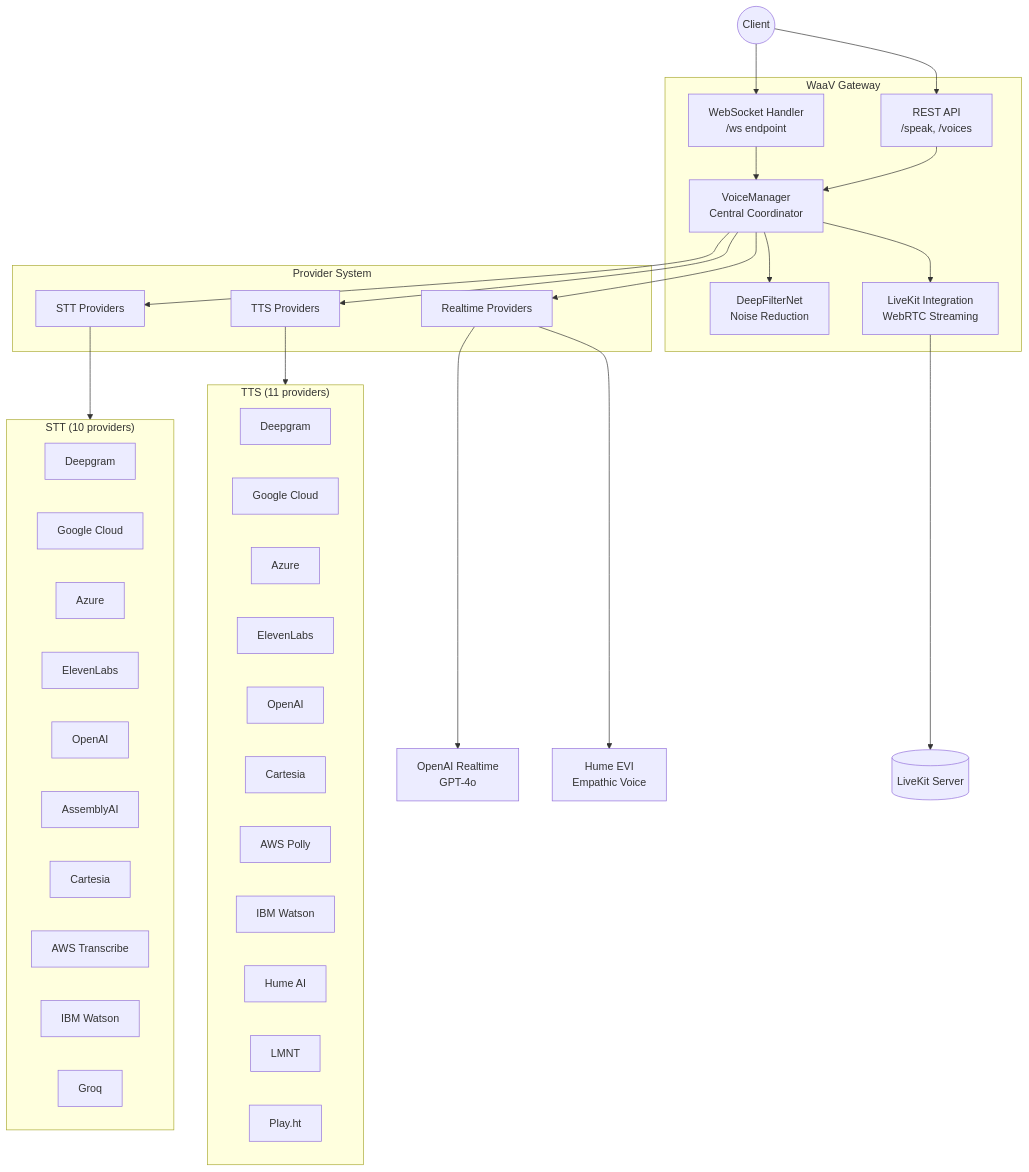
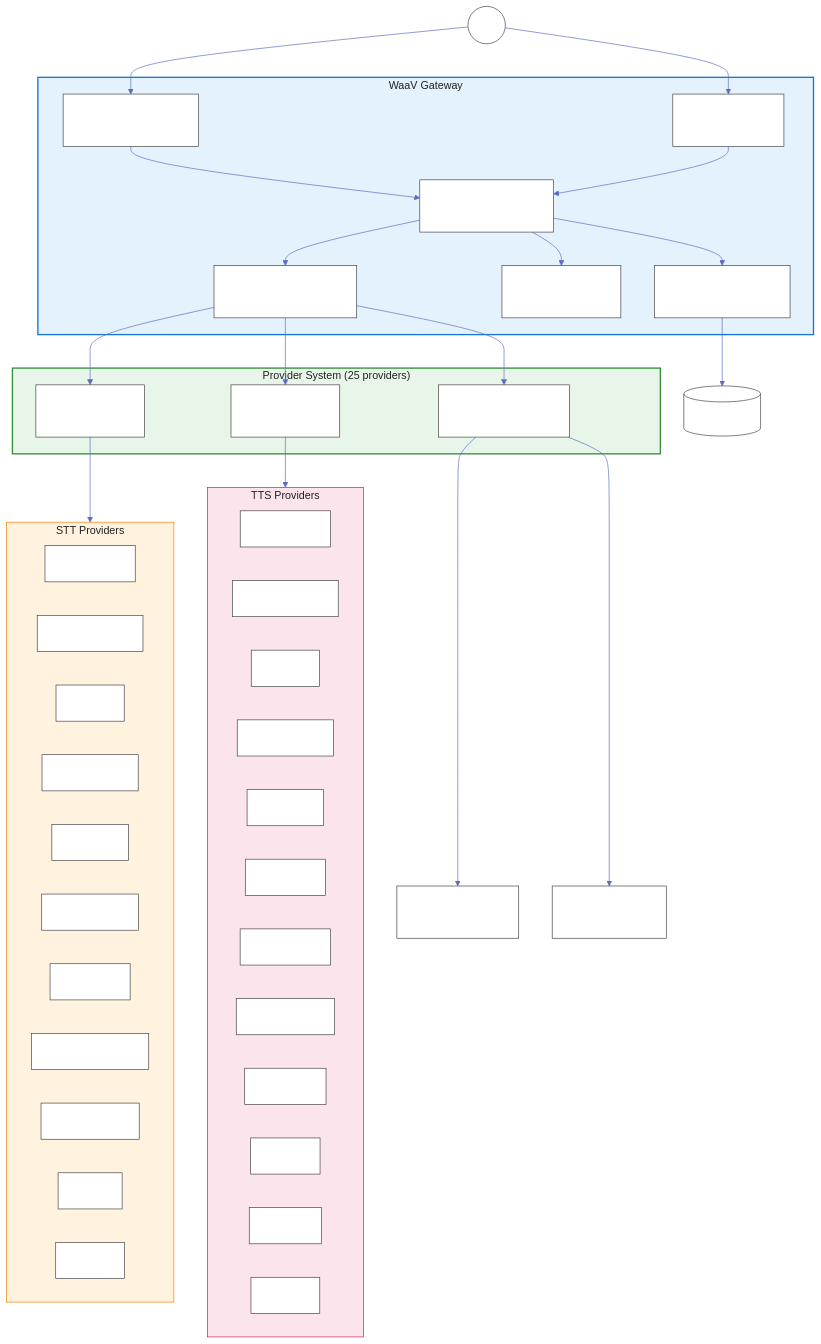
The second of 5 diagrams in gateway/README.md (BudEcosystem/WaaV), drawn with Mermaid before and after one commit. The commit also changed other lines of this file and 61 other files, not shown here.

First line of the commit message:
feat: Add plugin architecture and Gnani.ai provider support

````diff
--- a/gateway/README.md
+++ b/gateway/README.md
@@ -218,58 +266,68 @@
 ```mermaid
+%%{init: {'theme': 'base', 'themeVariables': { 'primaryColor': '#4a90d9', 'primaryTextColor': '#ffffff', 'primaryBorderColor': '#2c5aa0', 'lineColor': '#5c6bc0', 'secondaryColor': '#81c784', 'tertiaryColor': '#fff3e0', 'background': '#fafafa', 'mainBkg': '#ffffff', 'nodeBorder': '#424242', 'clusterBkg': '#f5f5f5', 'clusterBorder': '#bdbdbd', 'titleColor': '#212121'}}}%%
 graph TB
     subgraph Gateway["WaaV Gateway"]
         WS["WebSocket Handler<br/>/ws endpoint"]
         REST["REST API<br/>/speak, /voices"]
+        REG["Plugin Registry<br/>O(1) Provider Lookup"]
         VM["VoiceManager<br/>Central Coordinator"]
         NF["DeepFilterNet<br/>Noise Reduction"]
         LK["LiveKit Integration<br/>WebRTC Streaming"]
     end
 
-    subgraph Providers["Provider System"]
-        STT["STT Providers"]
-        TTS["TTS Providers"]
-        RT["Realtime Providers"]
+    subgraph Providers["Provider System (25 providers)"]
+        STT["STT Providers<br/>(11)"]
+        TTS["TTS Providers<br/>(12)"]
+        RT["Realtime Providers<br/>(2)"]
     end
 
-    subgraph STTList["STT (10 providers)"]
+    subgraph STTList["STT Providers"]
         DG_S["Deepgram"]
         GC_S["Google Cloud"]
         AZ_S["Azure"]
         EL_S["ElevenLabs"]
         OA_S["OpenAI"]
         AA_S["AssemblyAI"]
         CA_S["Cartesia"]
         AWS_S["AWS Transcribe"]
         IBM_S["IBM Watson"]
         GQ_S["Groq"]
+        GN_S["Gnani"]
     end
 
-    subgraph TTSList["TTS (11 providers)"]
+    subgraph TTSList["TTS Providers"]
         DG_T["Deepgram"]
         GC_T["Google Cloud"]
         AZ_T["Azure"]
         EL_T["ElevenLabs"]
         OA_T["OpenAI"]
         CA_T["Cartesia"]
         AWS_T["AWS Polly"]
         IBM_T["IBM Watson"]
         HU_T["Hume AI"]
         LM_T["LMNT"]
         PH_T["Play.ht"]
+        GN_T["Gnani"]
     end
 
     Client((Client)) --> WS
     Client --> REST
     WS --> VM
     REST --> VM
+    VM --> REG
+    REG --> STT
+    REG --> TTS
+    REG --> RT
     VM --> NF
-    VM --> STT
-    VM --> TTS
-    VM --> RT
     VM --> LK
     STT --> STTList
     TTS --> TTSList
     RT --> OA_RT["OpenAI Realtime<br/>GPT-4o"]
     RT --> HU_RT["Hume EVI<br/>Empathic Voice"]
     LK --> LiveKit[(LiveKit Server)]
+
+    style Gateway fill:#e3f2fd,stroke:#1976d2,stroke-width:2px
+    style Providers fill:#e8f5e9,stroke:#388e3c,stroke-width:2px
+    style STTList fill:#fff3e0,stroke:#f57c00,stroke-width:1px
+    style TTSList fill:#fce4ec,stroke:#c2185b,stroke-width:1px
 ```
````
